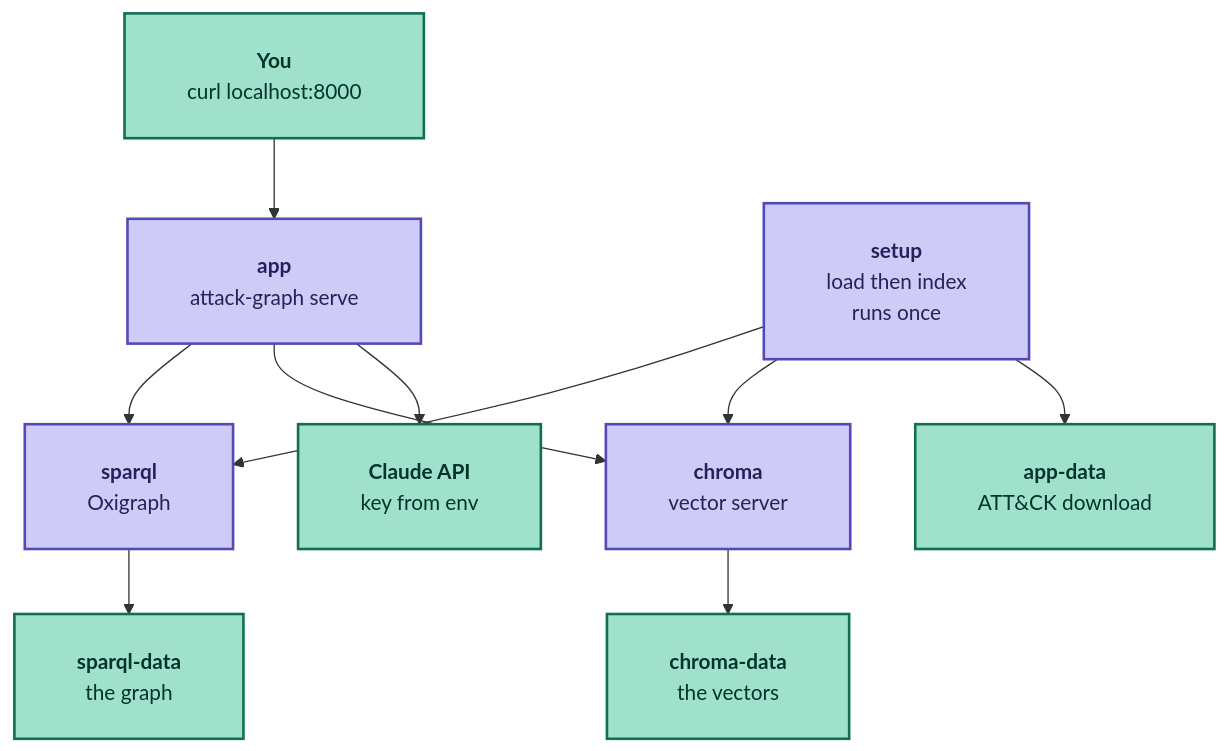
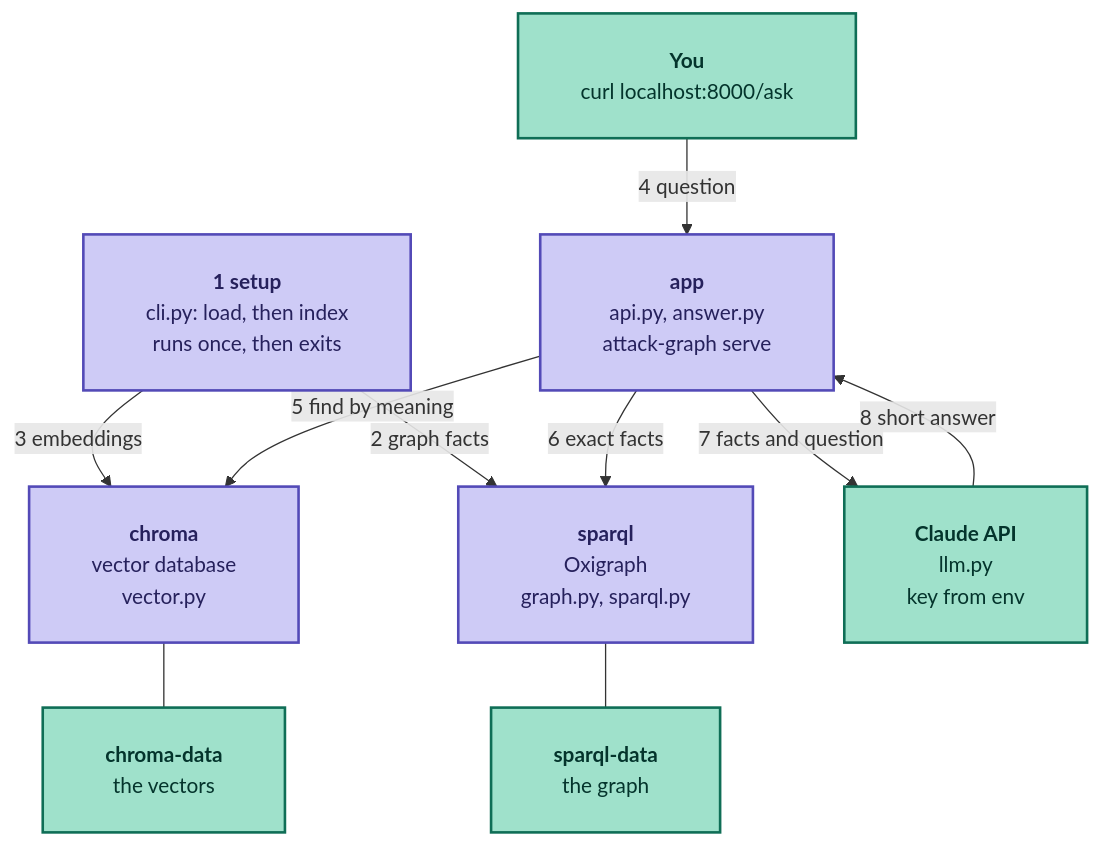
The diagram in docs/learning/issue-09-docker-compose.md (jbb-codes/attack-graph-rag), drawn with Mermaid before and after one commit. The commit also changed other lines of this file, not shown here.

Commit message:
docs(learning): explain the Docker stack step by step on the issue 9 page
- Add file and command names to the diagram boxes
- Number the arrows and list the steps under the diagram
- Add a short note on why there are two stores

Closes #9

````diff
--- a/docs/learning/issue-09-docker-compose.md
+++ b/docs/learning/issue-09-docker-compose.md
@@ -24,32 +25,35 @@
 ```mermaid
 ---
 config:
   flowchart:
     padding: 24
     wrappingWidth: 300
 ---
 flowchart TD
+  SET["`**1 setup**
+  cli.py: load, then index
+  runs once, then exits`"] -->|"2 graph facts"| SP["`**sparql**
+  Oxigraph
+  graph.py, sparql.py`"]
+  SET -->|"3 embeddings"| CH["`**chroma**
+  vector database
+  vector.py`"]
+  SP --- V1["`**sparql-data**
+  the graph`"]
+  CH --- V2["`**chroma-data**
+  the vectors`"]
   U["`**You**
-  curl localhost:8000`"] --> APP["`**app**
+  curl localhost:8000/ask`"] -->|"4 question"| APP["`**app**
+  api.py, answer.py
   attack-graph serve`"]
-  APP --> SP["`**sparql**
-  Oxigraph`"]
-  APP --> CH["`**chroma**
-  vector server`"]
-  SET["`**setup**
-  load then index
-  runs once`"] --> SP
-  SET --> CH
-  SET --> DL["`**app-data**
-  ATT&CK download`"]
-  SP --> V1["`**sparql-data**
-  the graph`"]
-  CH --> V2["`**chroma-data**
-  the vectors`"]
-  APP --> LLM["`**Claude API**
+  APP -->|"5 find by meaning"| CH
+  APP -->|"6 exact facts"| SP
+  APP -->|"7 facts and question"| LLM["`**Claude API**
+  llm.py
   key from env`"]
+  LLM -->|"8 short answer"| APP
   classDef data fill:#9FE1CB,stroke:#0F6E56,stroke-width:2px,color:#04342C
   classDef code fill:#CECBF6,stroke:#534AB7,stroke-width:2px,color:#26215C
-  class U,V1,V2,DL,LLM data
+  class U,V1,V2,LLM data
   class APP,SP,CH,SET code
 ```
````
